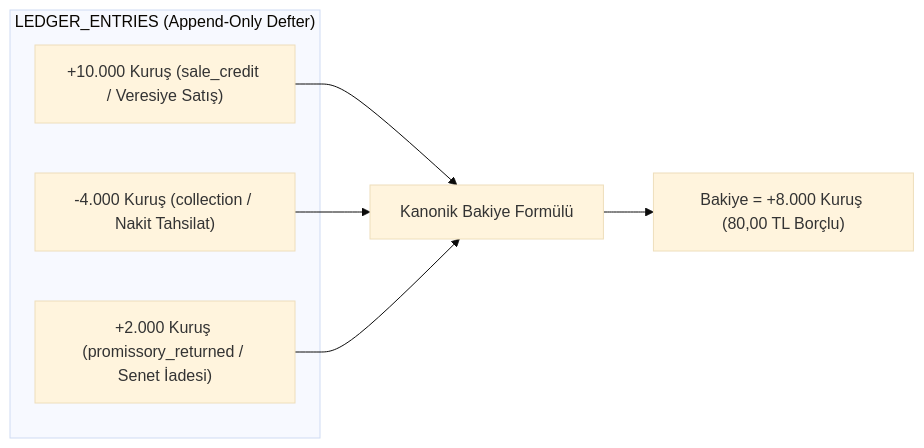
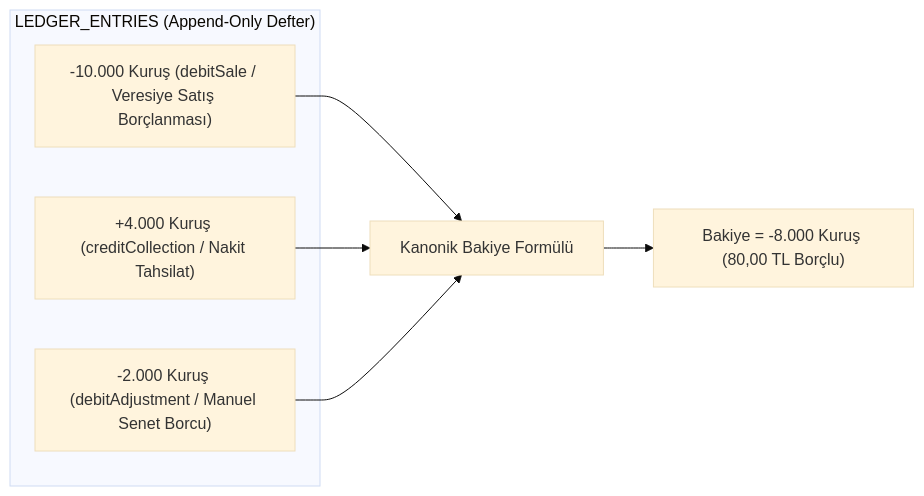
Before and after one commit to mhmtgwn/serenut: the fifth of 16 diagrams in docs/SERENUT_OS_MASTER_OPERATING_MANUAL.md, drawn with Mermaid (base theme). The commit also changed other lines of this file and 321 other files, not shown here.

````diff
--- a/docs/SERENUT_OS_MASTER_OPERATING_MANUAL.md
+++ b/docs/SERENUT_OS_MASTER_OPERATING_MANUAL.md
@@ -330,12 +354,12 @@
 ```mermaid
 graph LR
     subgraph "LEDGER_ENTRIES (Append-Only Defter)"
-        E1["+10.000 Kuruş (sale_credit / Veresiye Satış)"]
-        E2["-4.000 Kuruş (collection / Nakit Tahsilat)"]
-        E3["+2.000 Kuruş (promissory_returned / Senet İadesi)"]
+        E1["-10.000 Kuruş (debitSale / Veresiye Satış Borçlanması)"]
+        E2["+4.000 Kuruş (creditCollection / Nakit Tahsilat)"]
+        E3["-2.000 Kuruş (debitAdjustment / Manuel Senet Borcu)"]
     end
     E1 --> Sum[Kanonik Bakiye Formülü]
     E2 --> Sum
     E3 --> Sum
-    Sum --> Balance["Bakiye = +8.000 Kuruş (80,00 TL Borçlu)"]
+    Sum --> Balance["Bakiye = -8.000 Kuruş (80,00 TL Borçlu)"]
 ```
````
